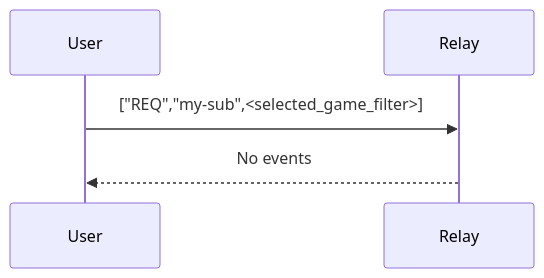
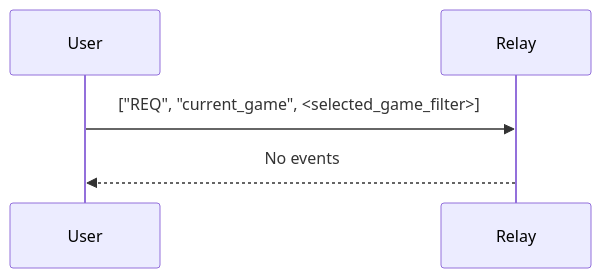
One commit to jesterui/jesterui changed the fifth of 5 diagrams in pgnr-ui/FLOW.md. Above: the diagram before and after it, drawn with Mermaid. The commit also changed other lines of this file and 1 other file, not shown here.

````diff
--- a/pgnr-ui/FLOW.md
+++ b/pgnr-ui/FLOW.md
@@ -92,5 +175,5 @@
 ```mermaid
 sequenceDiagram
-    User->>Relay:  ["REQ","my-sub",<selected_game_filter>]
+    User->>Relay:  ["REQ", "current_game", <selected_game_filter>]
     Relay-->>User: No events
 ```
````
